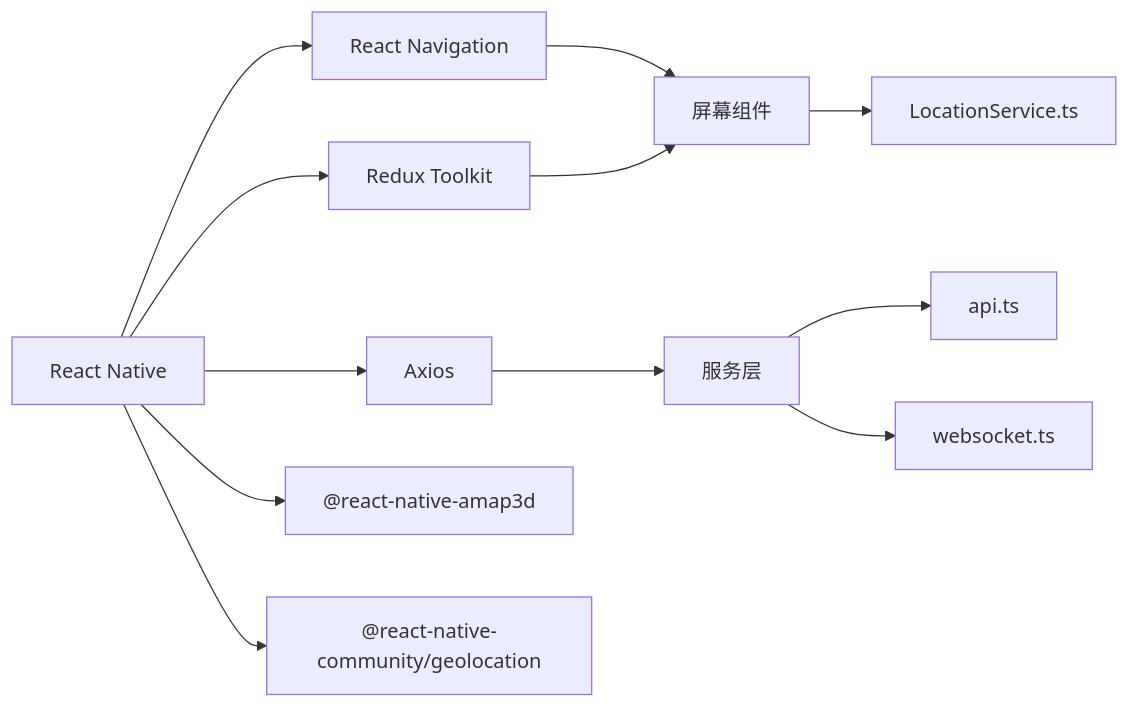
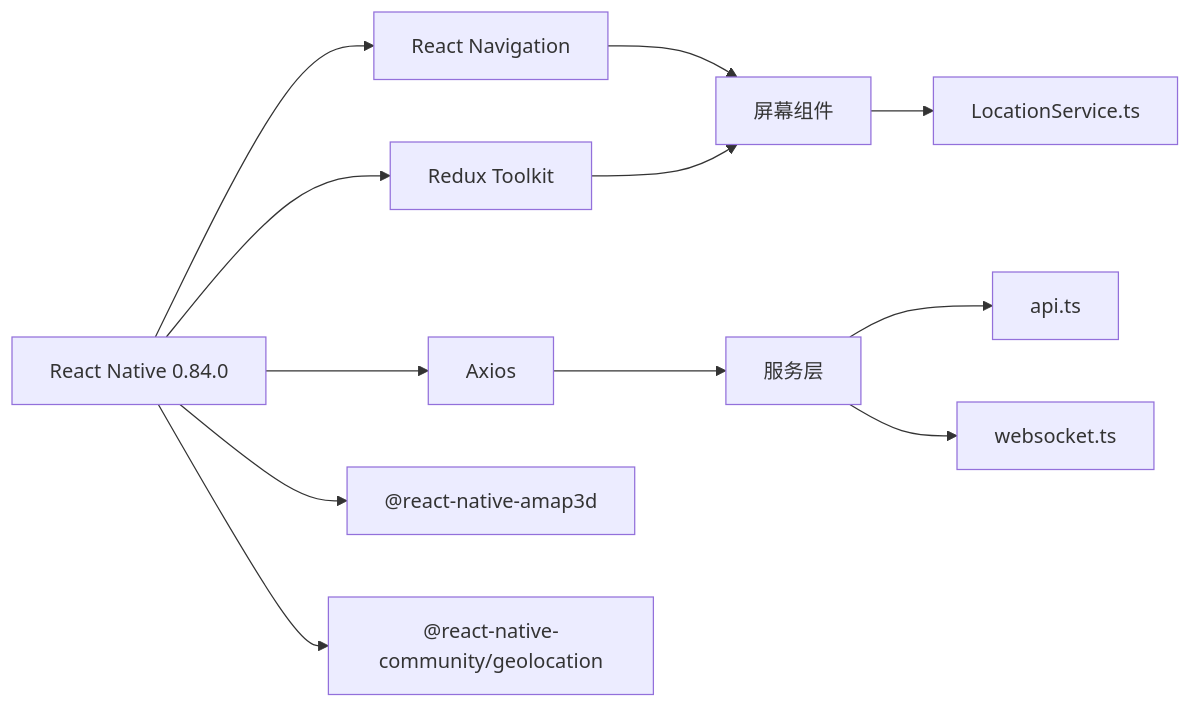
One commit to yinsw-c2e/drone_Rental_platform_v1 changed the eighth of 8 diagrams in .qoder/repowiki/zh/content/移动端应用/移动端应用.md. Above: the diagram before and after it, drawn with Mermaid. The commit also changed other lines of this file and 11 other files, not shown here.

````diff
--- a/.qoder/repowiki/zh/content/移动端应用/移动端应用.md
+++ b/.qoder/repowiki/zh/content/移动端应用/移动端应用.md
@@ -346,14 +394,14 @@
 ```mermaid
 graph LR
-RN["React Native"] --> NAV["React Navigation"]
+RN["React Native 0.84.0"] --> NAV["React Navigation"]
 RN --> RTK["Redux Toolkit"]
 RN --> AX["Axios"]
 RN --> MAP["@react-native-amap3d"]
 RN --> GEO["@react-native-community/geolocation"]
 NAV --> SCR["屏幕组件"]
 RTK --> SCR
 AX --> SVC["服务层"]
 SVC --> API["api.ts"]
 SVC --> WS["websocket.ts"]
 SCR --> LOC["LocationService.ts"]
 ```
````
